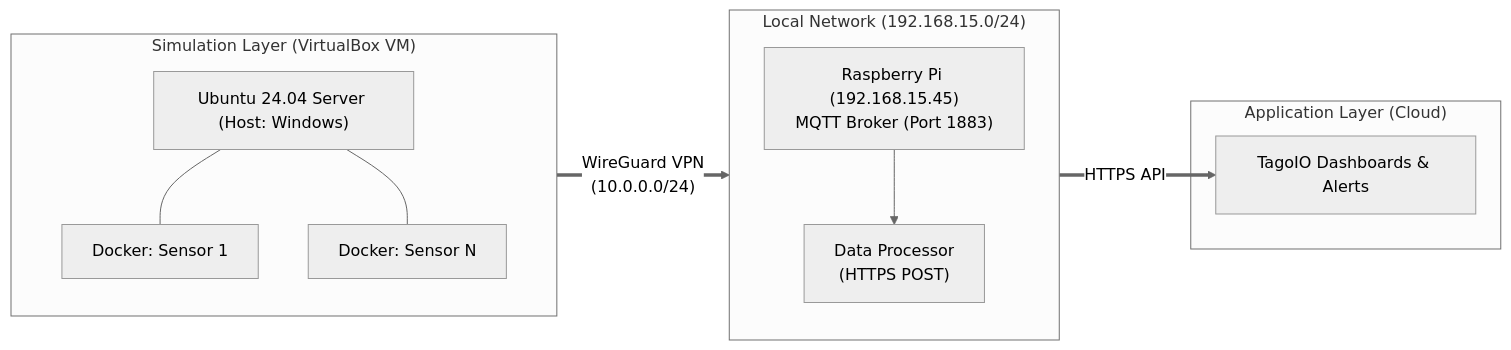
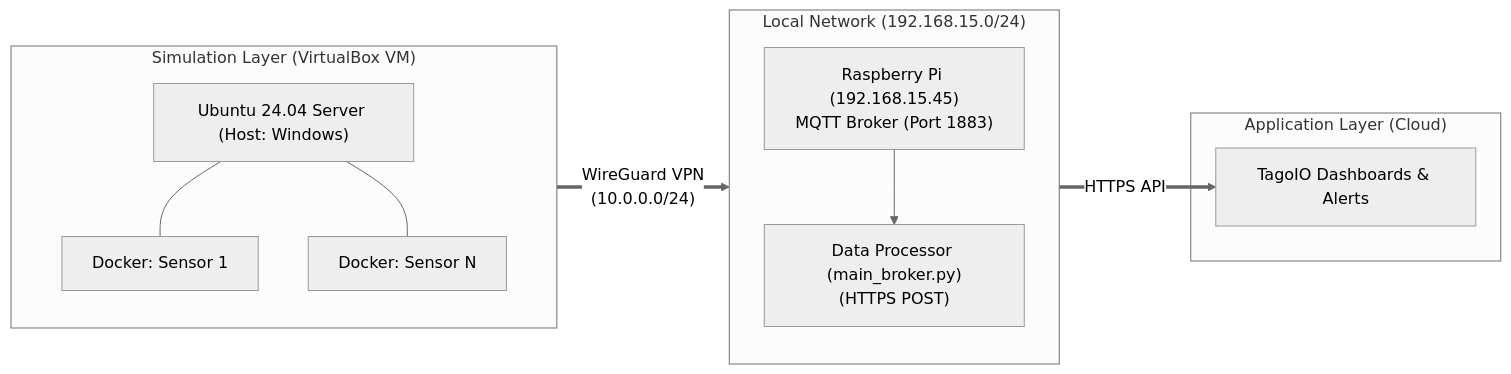
The diagram in README.md (henriquebueno45/Distributed-Smart-Parking-with-MQTT-Broker-over-WireGuard-and-TagoIO-Integration), drawn with Mermaid (neutral theme) before and after one commit. The commit also changed other lines of this file and 1 other file, not shown here.

Commit message:
Added main_broker.py script and Updated README.md file

````diff
--- a/README.md
+++ b/README.md
@@ -21,26 +21,26 @@
 ```mermaid
 flowchart LR
     subgraph "Application Layer (Cloud)"
         Tago[TagoIO Dashboards & Alerts]
     end
 
     subgraph "Local Network (192.168.15.0/24)"
         direction TB
         RPi["Raspberry Pi (192.168.15.45)\nMQTT Broker (Port 1883)"]
-        Processor["Data Processor\n(HTTPS POST)"]
+        Processor["Data Processor (main_broker.py)\n(HTTPS POST)"]
         RPi --> Processor
     end
 
     subgraph "Simulation Layer (VirtualBox VM)"
         direction TB
         Ubuntu["Ubuntu 24.04 Server (Host: Windows)"]
         Docker1["Docker: Sensor 1"]
         DockerN["Docker: Sensor N"]
         Ubuntu --- Docker1
         Ubuntu --- DockerN
     end
 
     %% Connections
     Ubuntu == "WireGuard VPN\n(10.0.0.0/24)" ==> RPi
     Processor == "HTTPS API" ==> Tago
 ```
````
